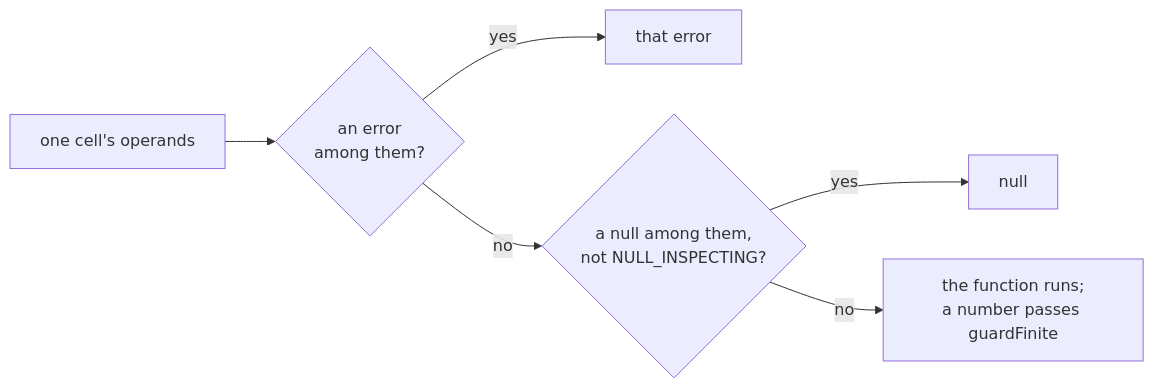
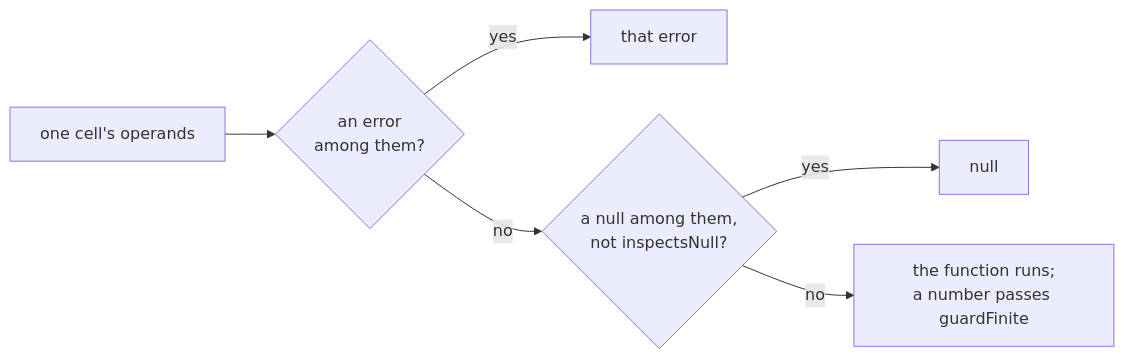
One commit to bubba8587/solenoid changed the fifth of 6 diagrams in tree/specs/computation/formula-language.md. Above: the diagram before and after it, drawn with Mermaid. The commit also changed other lines of this file and 33 other files, not shown here.

````diff
--- a/tree/specs/computation/formula-language.md
+++ b/tree/specs/computation/formula-language.md
@@ -349,8 +349,8 @@
 ```mermaid
 flowchart LR
     cell["one cell's operands"] --> e{"an error<br>among them?"}
     e -->|yes| ea["that error"]
-    e -->|no| n{"a null among them,<br>not NULL_INSPECTING?"}
+    e -->|no| n{"a null among them,<br>not inspectsNull?"}
     n -->|yes| na["null"]
     n -->|no| run["the function runs;<br>a number passes guardFinite"]
 ```
````
